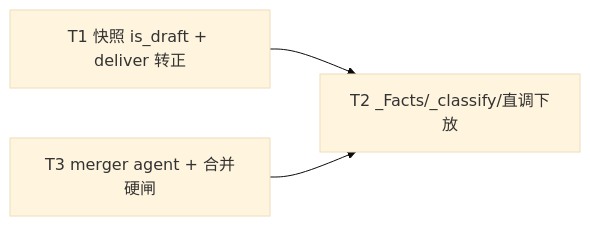
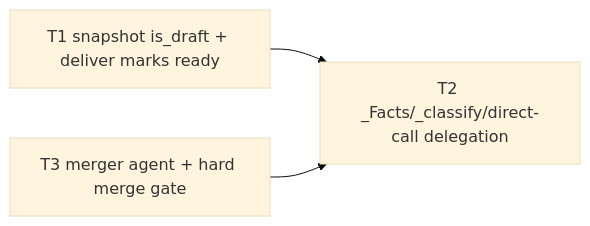
The diagram in docs/specs/0017-pr-lifecycle-delegated-to-agent.md (Curry09/OpenAgents), drawn with Mermaid (base theme) before and after one commit. The commit also changed other lines of this file and 461 other files, not shown here.

````diff
--- a/docs/specs/0017-pr-lifecycle-delegated-to-agent.md
+++ b/docs/specs/0017-pr-lifecycle-delegated-to-agent.md
@@ -181,5 +160,5 @@
 ```mermaid
 graph LR
-  T1[T1 快照 is_draft + deliver 转正] --> T2[T2 _Facts/_classify/直调下放]
-  T3[T3 merger agent + 合并硬闸] --> T2
+  T1[T1 snapshot is_draft + deliver marks ready] --> T2[T2 _Facts/_classify/direct-call delegation]
+  T3[T3 merger agent + hard merge gate] --> T2
 ```
````
